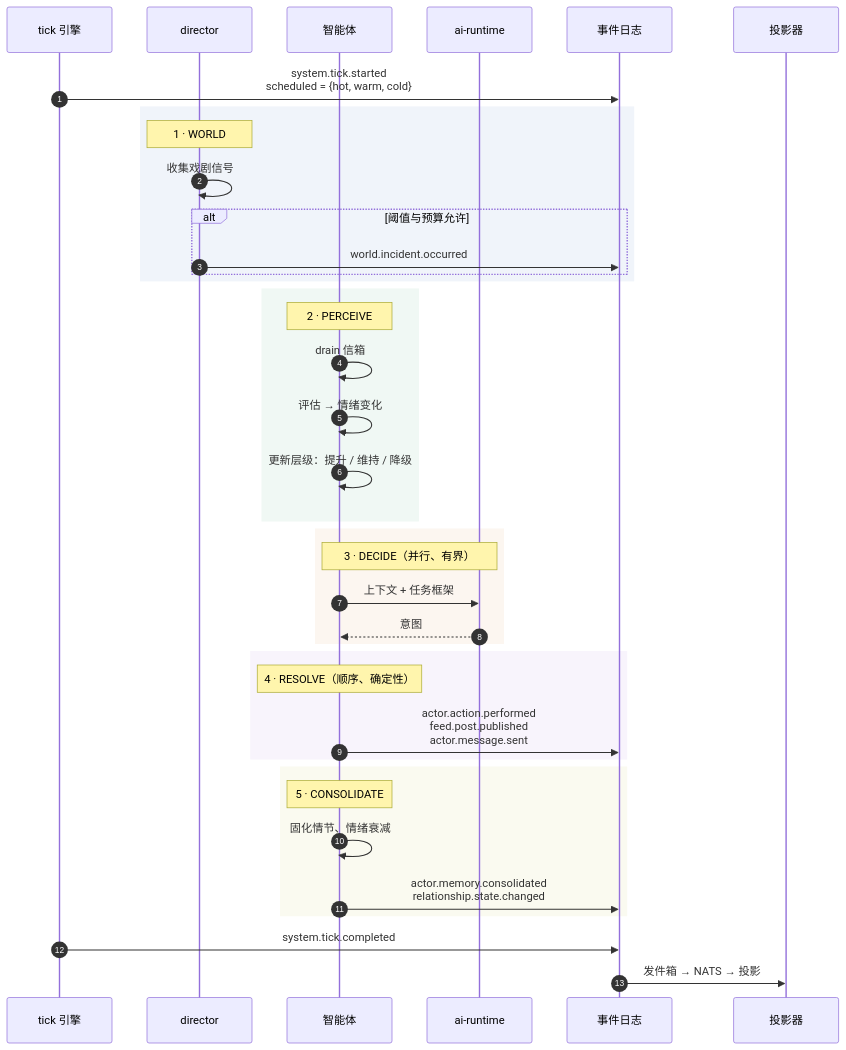
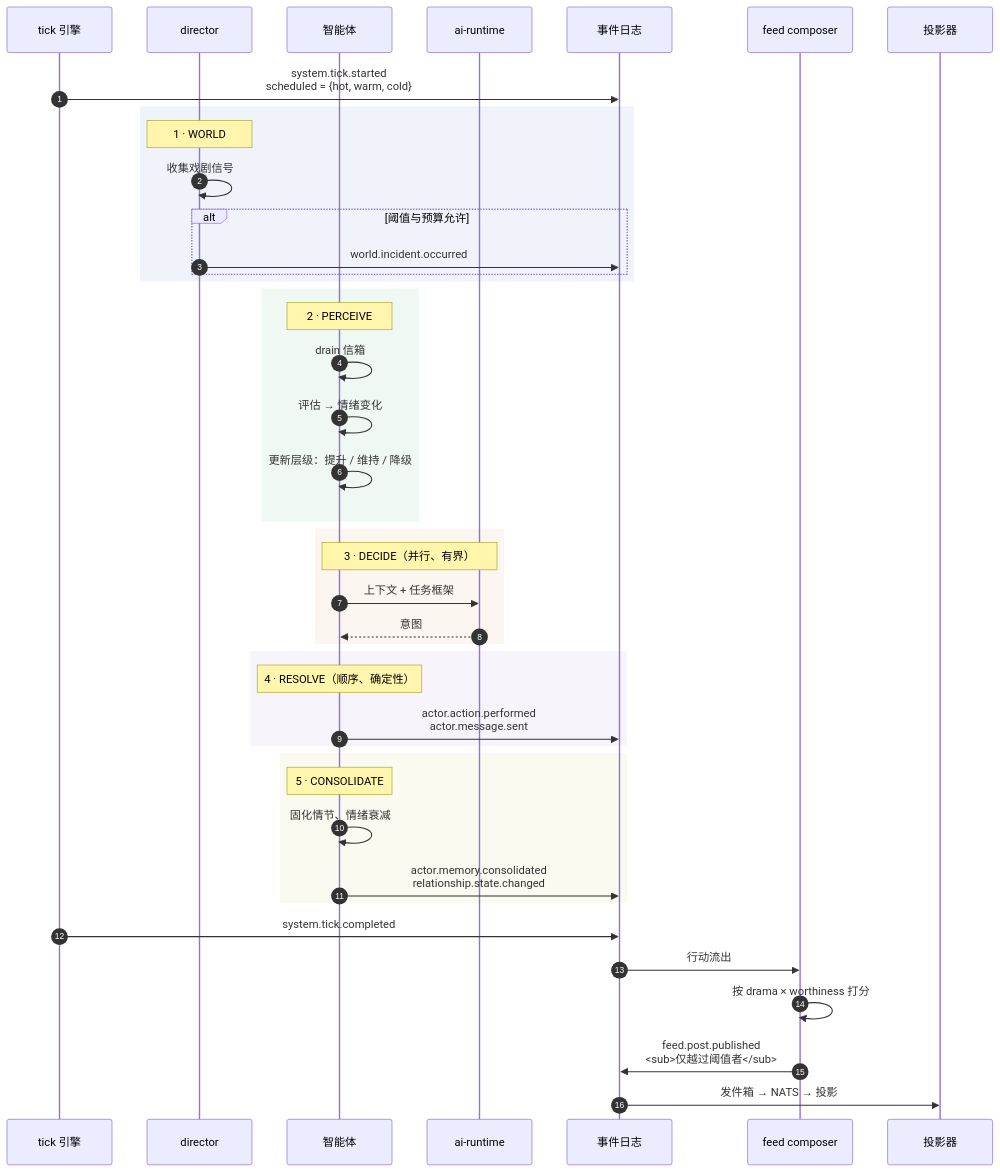
The first of 7 diagrams in guide/workflow.zh.md (showjihyun/livingfeed), drawn with Mermaid before and after one commit. The commit also changed other lines of this file and 5 other files, not shown here.

````diff
--- a/guide/workflow.zh.md
+++ b/guide/workflow.zh.md
@@ -23,47 +23,52 @@
 ```mermaid
 sequenceDiagram
     autonumber
     participant T as tick 引擎
     participant D as director
     participant A as 智能体
     participant AI as ai-runtime
     participant ES as 事件日志
+    participant FC as feed composer
     participant PR as 投影器
 
     T->>ES: system.tick.started<br/>scheduled = {hot, warm, cold}
 
     rect rgb(240, 244, 250)
     Note over D: 1 · WORLD
     D->>D: 收集戏剧信号
     alt 阈值与预算允许
         D->>ES: world.incident.occurred
     end
     end
 
     rect rgb(240, 248, 244)
     Note over A: 2 · PERCEIVE
     A->>A: drain 信箱
     A->>A: 评估 → 情绪变化
     A->>A: 更新层级：提升 / 维持 / 降级
     end
 
     rect rgb(252, 246, 240)
     Note over A,AI: 3 · DECIDE（并行、有界）
     A->>AI: 上下文 + 任务框架
     AI-->>A: 意图
     end
 
     rect rgb(248, 244, 252)
     Note over A: 4 · RESOLVE（顺序、确定性）
-    A->>ES: actor.action.performed<br/>feed.post.published<br/>actor.message.sent
+    A->>ES: actor.action.performed<br/>actor.message.sent
     end
 
     rect rgb(250, 250, 240)
     Note over A: 5 · CONSOLIDATE
     A->>A: 固化情节、情绪衰减
     A->>ES: actor.memory.consolidated<br/>relationship.state.changed
     end
 
     T->>ES: system.tick.completed
+
+    ES->>FC: 行动流出
+    FC->>FC: 按 drama × worthiness 打分
+    FC->>ES: feed.post.published<br/><sub>仅越过阈值者</sub>
     ES->>PR: 发件箱 → NATS → 投影
 ```
````
